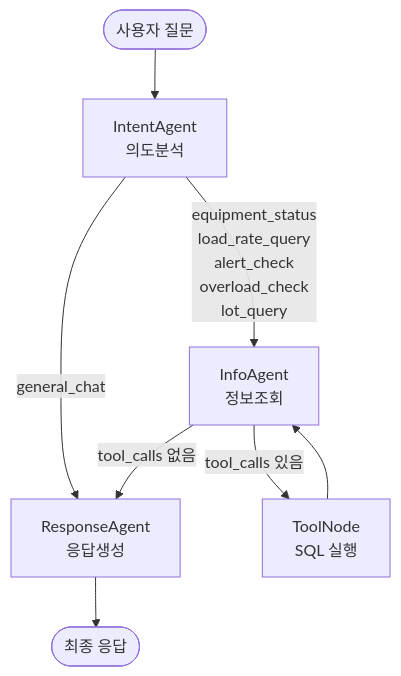
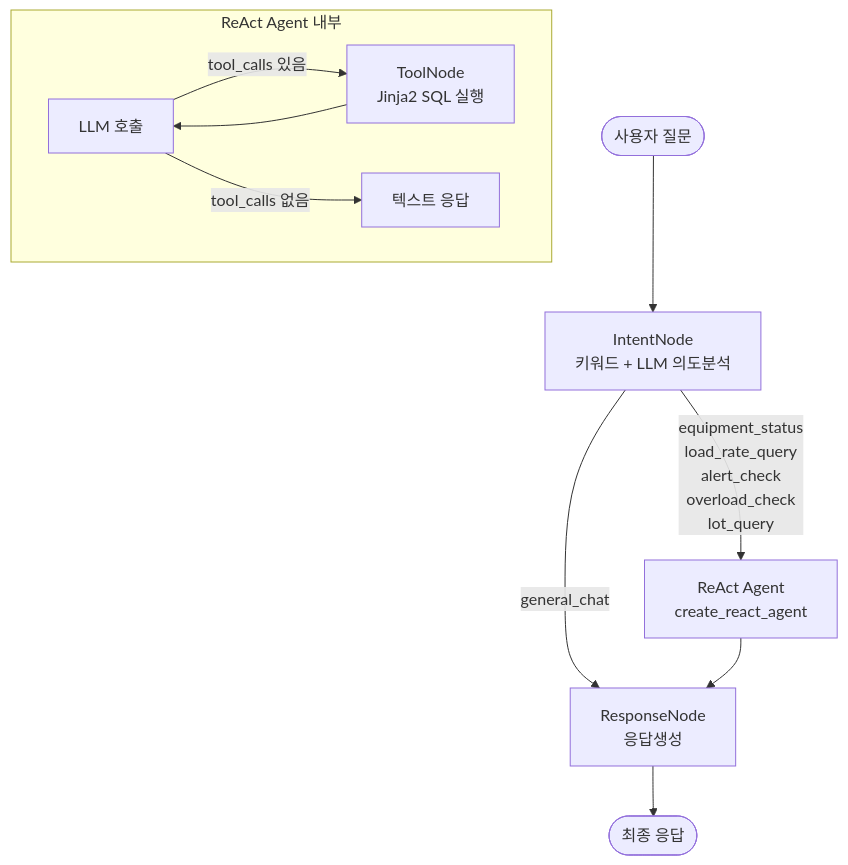
One commit to donchoru/langgraph-agent changed the diagram in README.md. Above: the diagram before and after it, drawn with Mermaid. The commit also changed other lines of this file and 27 other files, not shown here.

First line of the commit message:
refactor: 아키텍처 전면 리팩토링 — ReAct Agent + Jinja2 SQL + 키워드 의도분석

````diff
--- a/README.md
+++ b/README.md
@@ -29,10 +29,14 @@
 ```mermaid
 graph TD
-    START([사용자 질문]) --> INTENT[IntentAgent<br/>의도분석]
-    INTENT -->|general_chat| RESPOND[ResponseAgent<br/>응답생성]
-    INTENT -->|equipment_status<br/>load_rate_query<br/>alert_check<br/>overload_check<br/>lot_query| INFO[InfoAgent<br/>정보조회]
-    INFO -->|tool_calls 있음| TOOLS[ToolNode<br/>SQL 실행]
-    TOOLS --> INFO
-    INFO -->|tool_calls 없음| RESPOND
+    START([사용자 질문]) --> INTENT[IntentNode<br/>키워드 + LLM 의도분석]
+    INTENT -->|general_chat| RESPOND[ResponseNode<br/>응답생성]
+    INTENT -->|equipment_status<br/>load_rate_query<br/>alert_check<br/>overload_check<br/>lot_query| REACT[ReAct Agent<br/>create_react_agent]
+    REACT --> RESPOND
     RESPOND --> END_([최종 응답])
+
+    subgraph ReAct Agent 내부
+        LLM[LLM 호출] -->|tool_calls 있음| TOOLS[ToolNode<br/>Jinja2 SQL 실행]
+        TOOLS --> LLM
+        LLM -->|tool_calls 없음| DONE[텍스트 응답]
+    end
 ```
````
